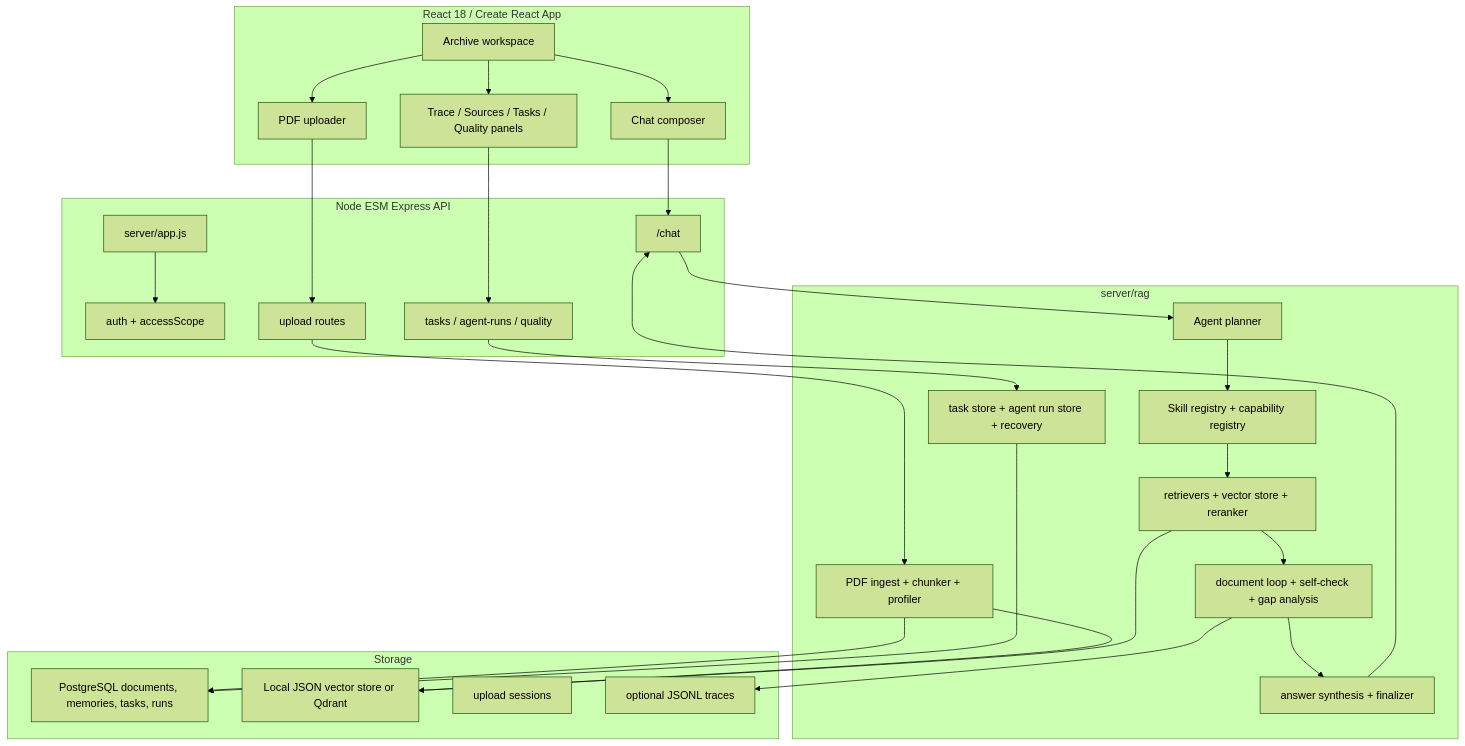
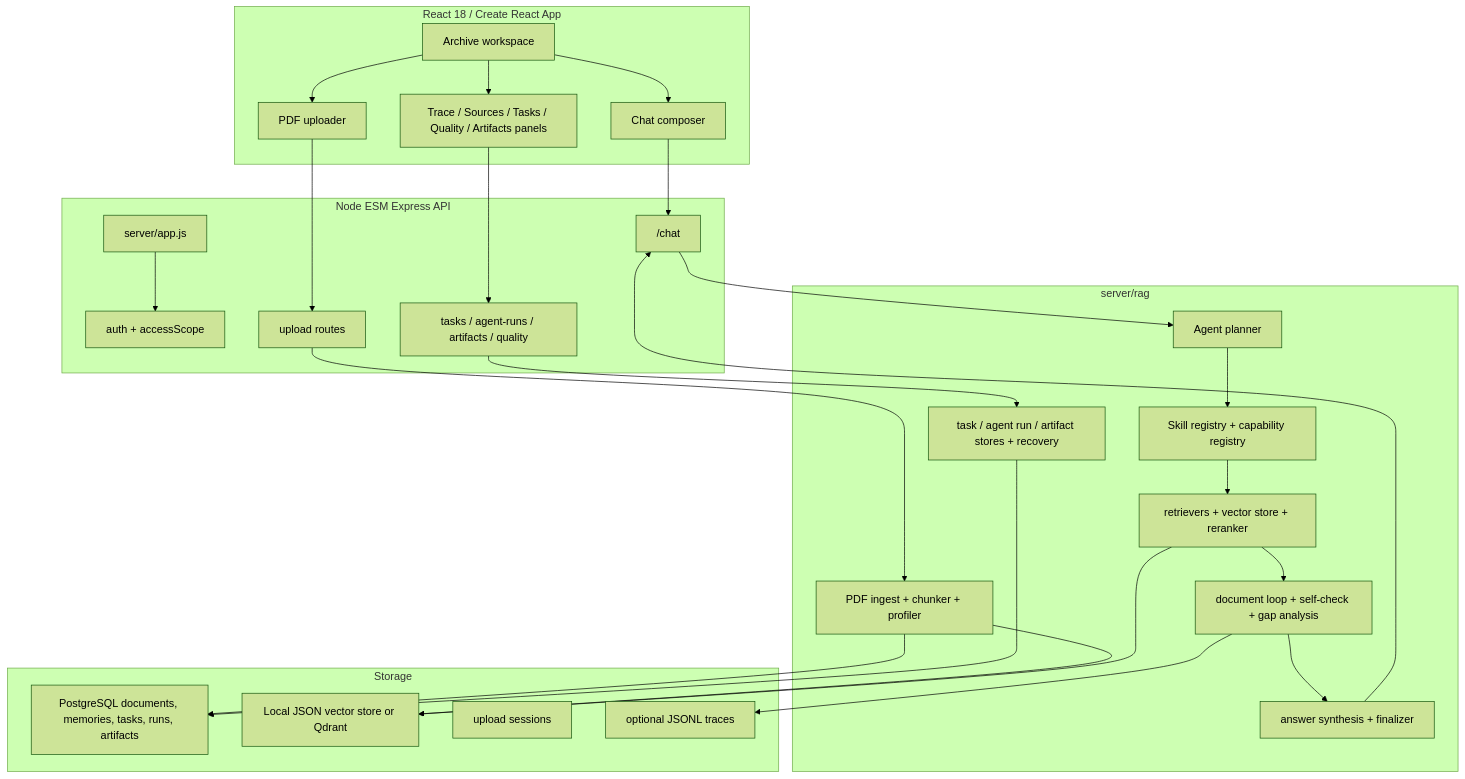
Before and after one commit to luc1ferxx/Luc1ferxx_Archive_RAG: the first of 2 diagrams in README.md, drawn with Mermaid (forest theme). The commit also changed other lines of this file and 51 other files, not shown here.

````diff
--- a/README.md
+++ b/README.md
@@ -55,55 +55,55 @@
 ```mermaid
 flowchart TB
   subgraph Frontend["React 18 / Create React App"]
     Workspace["Archive workspace"]
     Upload["PDF uploader"]
     Chat["Chat composer"]
-    TraceUI["Trace / Sources / Tasks / Quality panels"]
+    TraceUI["Trace / Sources / Tasks / Quality / Artifacts panels"]
   end
 
   subgraph API["Node ESM Express API"]
     Routes["server/app.js"]
     Auth["auth + accessScope"]
     UploadRoutes["upload routes"]
     ChatRoute["/chat"]
-    TaskRoutes["tasks / agent-runs / quality"]
+    TaskRoutes["tasks / agent-runs / artifacts / quality"]
   end
 
   subgraph RAG["server/rag"]
     Ingest["PDF ingest + chunker + profiler"]
     Planner["Agent planner"]
     Skills["Skill registry + capability registry"]
     Retrieval["retrievers + vector store + reranker"]
     Loop["document loop + self-check + gap analysis"]
     Finalizer["answer synthesis + finalizer"]
-    Runs["task store + agent run store + recovery"]
+    Runs["task / agent run / artifact stores + recovery"]
   end
 
   subgraph Storage["Storage"]
-    Postgres["PostgreSQL documents, memories, tasks, runs"]
+    Postgres["PostgreSQL documents, memories, tasks, runs, artifacts"]
     Vector["Local JSON vector store or Qdrant"]
     UploadSessions["upload sessions"]
     TraceFiles["optional JSONL traces"]
   end
 
   Workspace --> Upload
   Workspace --> Chat
   Workspace --> TraceUI
   Upload --> UploadRoutes
   Chat --> ChatRoute
   TraceUI --> TaskRoutes
   Routes --> Auth
   UploadRoutes --> Ingest
   ChatRoute --> Planner
   Planner --> Skills
   Skills --> Retrieval
   Retrieval --> Loop
   Loop --> Finalizer
   Finalizer --> ChatRoute
   TaskRoutes --> Runs
   Ingest --> Postgres
   Ingest --> Vector
   Retrieval --> Vector
   Runs --> Postgres
   Loop --> TraceFiles
 ```
````
